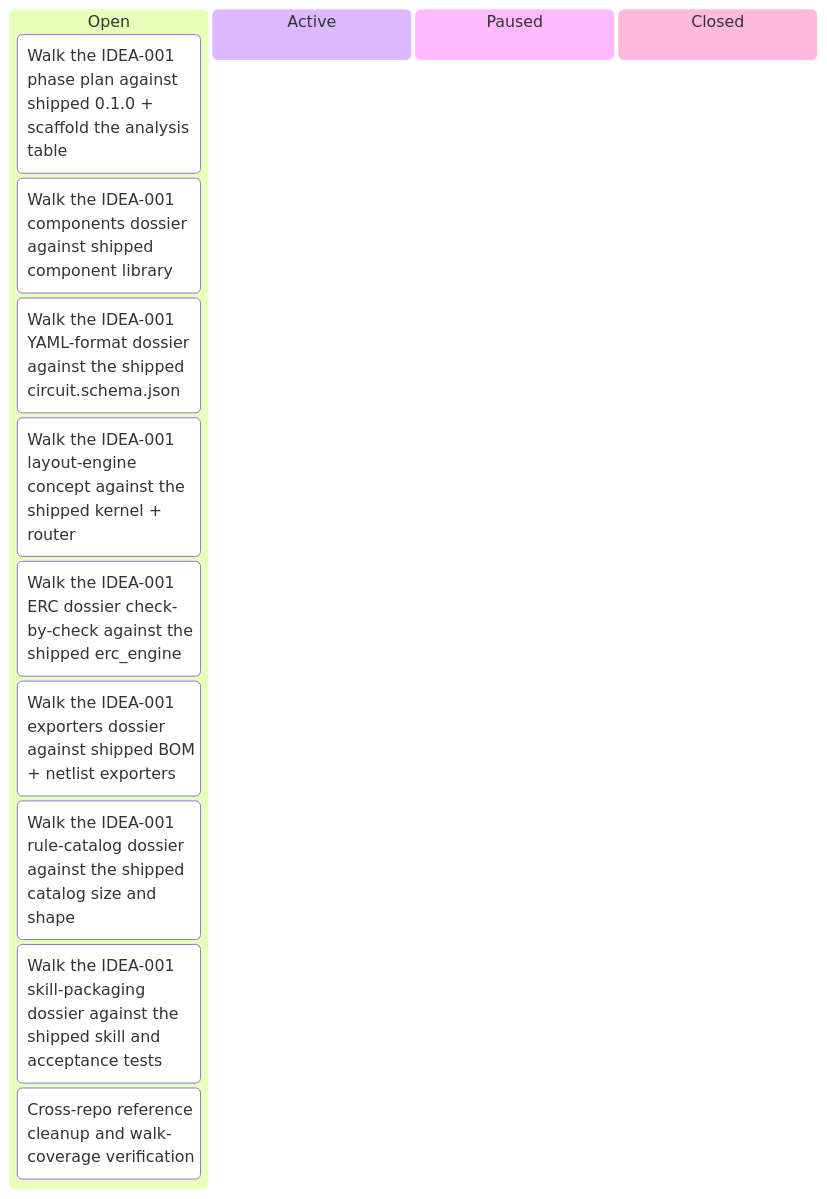
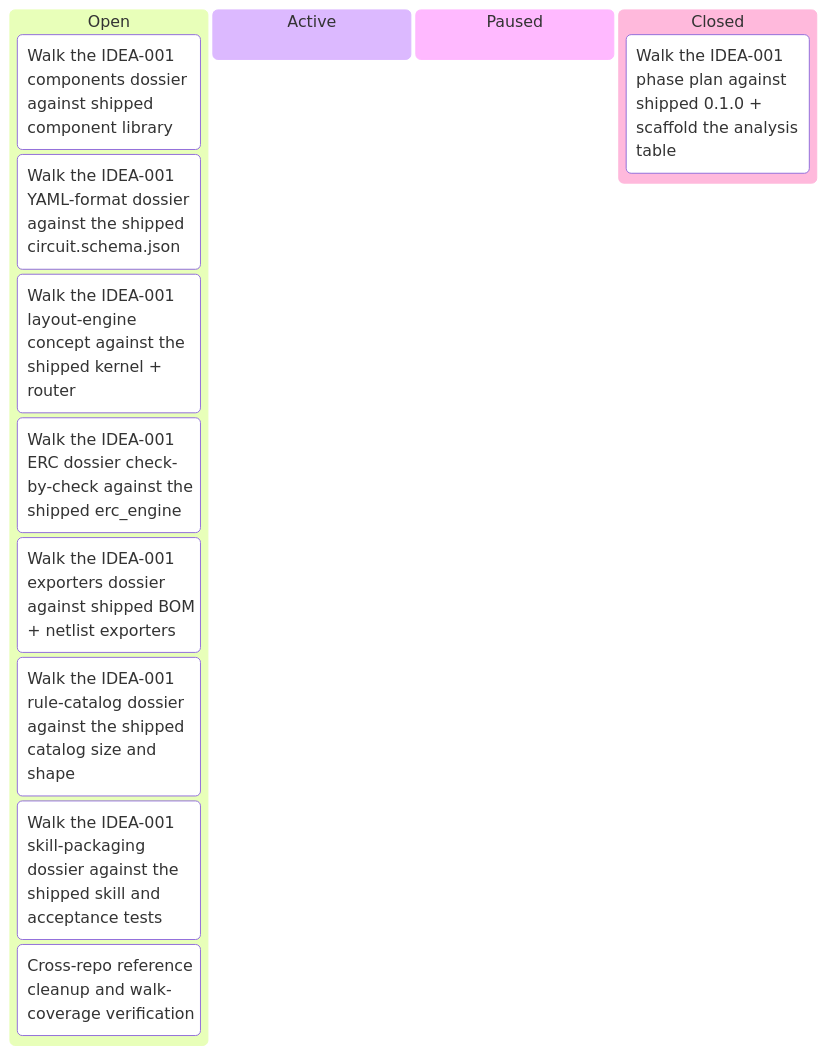
One commit to tgd1975/CircuitSmith changed the second of 3 diagrams in docs/developers/tasks/KANBAN.md. Above: the diagram before and after it, drawn with Mermaid. The commit also changed other lines of this file and 5 other files, not shown here.

First line of the commit message:
close TASK-134: walk IDEA-001 phase plan + scaffold dossier-gap-analysis working doc

````diff
--- a/docs/developers/tasks/KANBAN.md
+++ b/docs/developers/tasks/KANBAN.md
@@ -33,16 +33,16 @@
 ```mermaid
 kanban
   Open
-    TASK_134["Walk the IDEA-001 phase plan against shipped 0.1.0 + scaffold the analysis table"]
     TASK_135["Walk the IDEA-001 components dossier against shipped component library"]
     TASK_136["Walk the IDEA-001 YAML-format dossier against the shipped circuit.schema.json"]
     TASK_137["Walk the IDEA-001 layout-engine concept against the shipped kernel + router"]
     TASK_138["Walk the IDEA-001 ERC dossier check-by-check against the shipped erc_engine"]
     TASK_139["Walk the IDEA-001 exporters dossier against shipped BOM + netlist exporters"]
     TASK_140["Walk the IDEA-001 rule-catalog dossier against the shipped catalog size and shape"]
     TASK_141["Walk the IDEA-001 skill-packaging dossier against the shipped skill and acceptance tests"]
     TASK_142["Cross-repo reference cleanup and walk-coverage verification"]
   Active
   Paused
   Closed
+    TASK_134["Walk the IDEA-001 phase plan against shipped 0.1.0 + scaffold the analysis table"]
 ```
````
